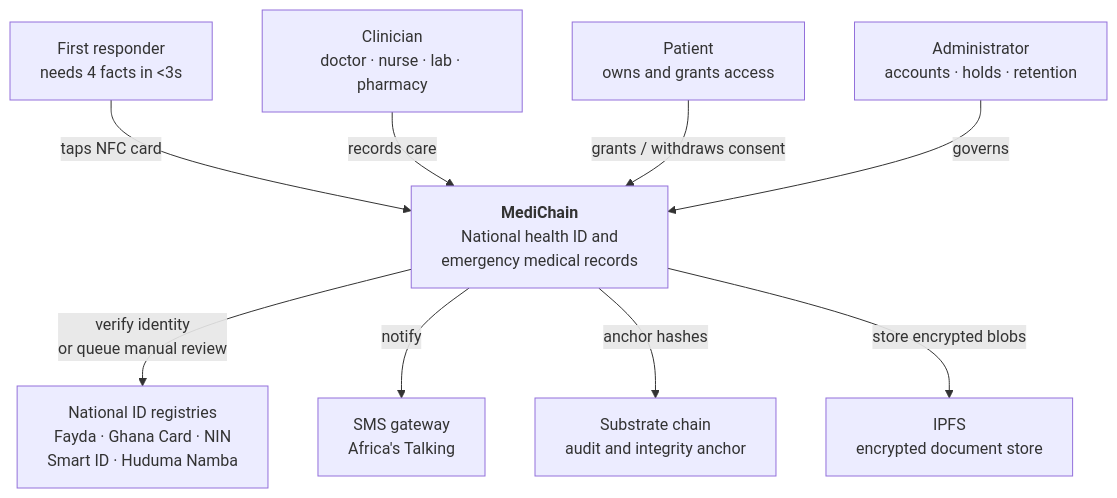
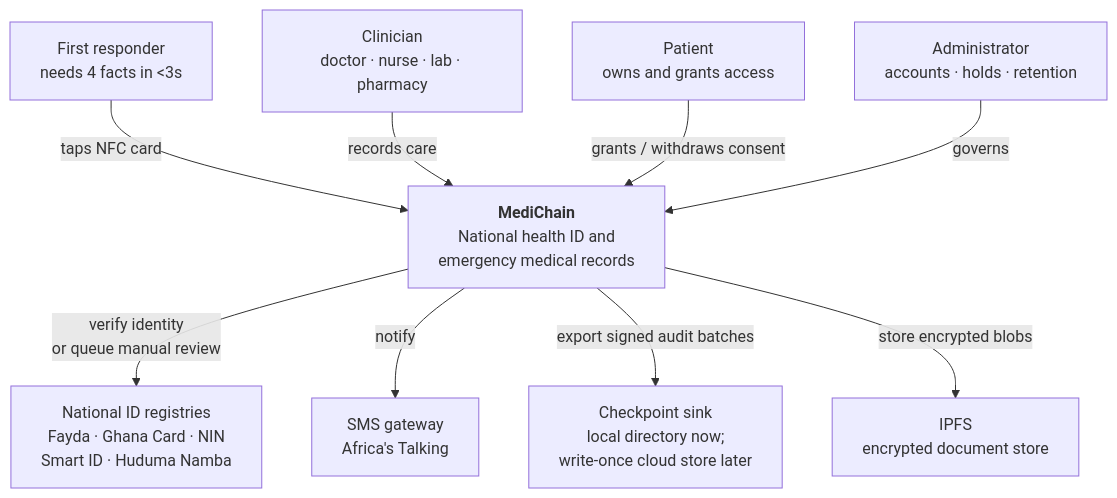
Before and after one commit to Lukau-Tech-Invasion/medichain: the first of 9 diagrams in docs/architecture.md, drawn with Mermaid. The commit also changed other lines of this file and 244 other files, not shown here.

````diff
--- a/docs/architecture.md
+++ b/docs/architecture.md
@@ -38,24 +38,24 @@
 ```mermaid
 graph TB
     PARAMEDIC["First responder<br/>needs 4 facts in &lt;3s"]
     CLINICIAN["Clinician<br/>doctor · nurse · lab · pharmacy"]
     PATIENT["Patient<br/>owns and grants access"]
     ADMIN["Administrator<br/>accounts · holds · retention"]
 
     MC["<b>MediChain</b><br/>National health ID and<br/>emergency medical records"]
 
     NID["National ID registries<br/>Fayda · Ghana Card · NIN<br/>Smart ID · Huduma Namba"]
     SMS["SMS gateway<br/>Africa's Talking"]
-    CHAIN["Substrate chain<br/>audit and integrity anchor"]
+    SINK["Checkpoint sink<br/>local directory now;<br/>write-once cloud store later"]
     IPFS["IPFS<br/>encrypted document store"]
 
     PARAMEDIC -->|"taps NFC card"| MC
     CLINICIAN -->|"records care"| MC
     PATIENT -->|"grants / withdraws consent"| MC
     ADMIN -->|"governs"| MC
 
     MC -->|"verify identity<br/>or queue manual review"| NID
     MC -->|"notify"| SMS
-    MC -->|"anchor hashes"| CHAIN
+    MC -->|"export signed audit batches"| SINK
     MC -->|"store encrypted blobs"| IPFS
 ```
````
